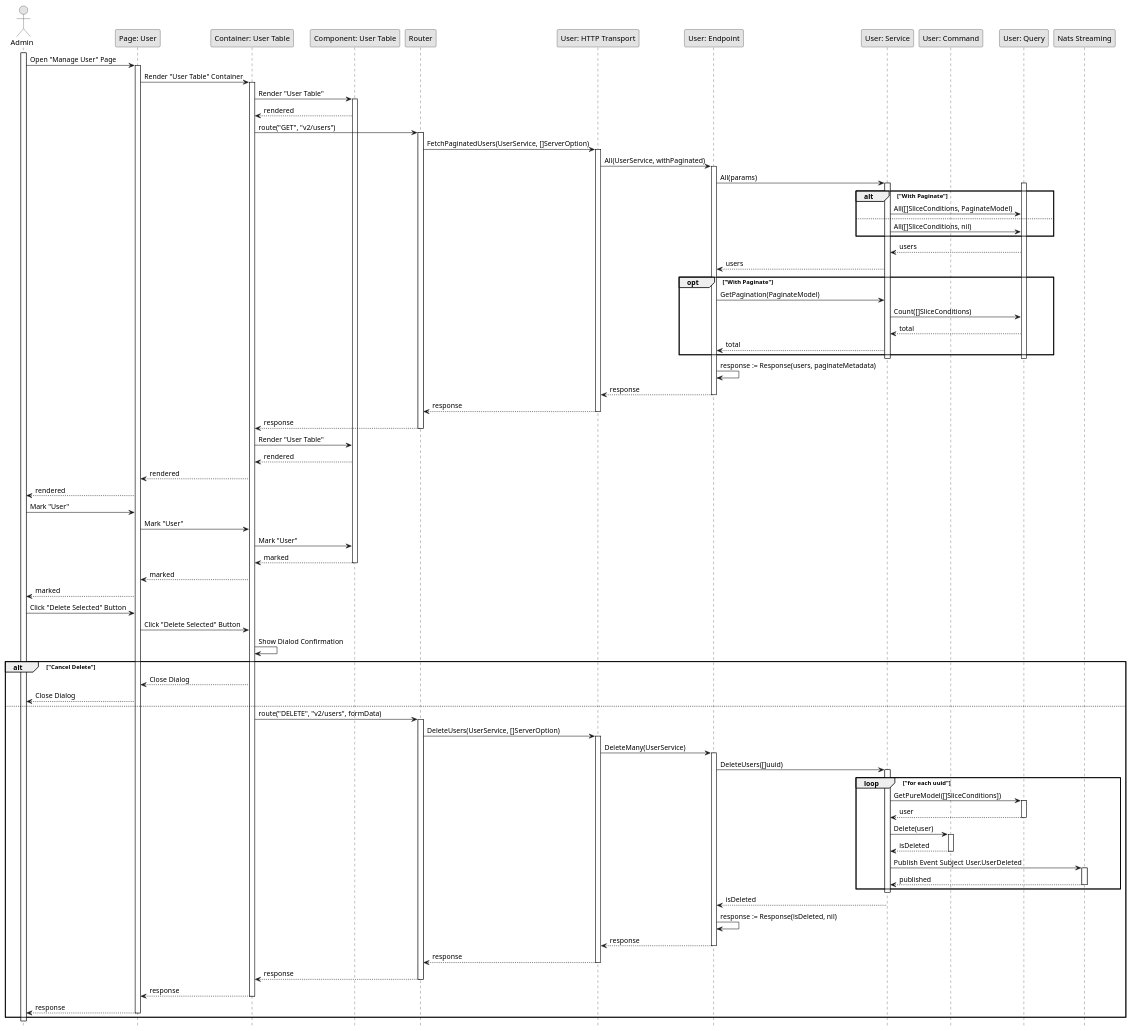
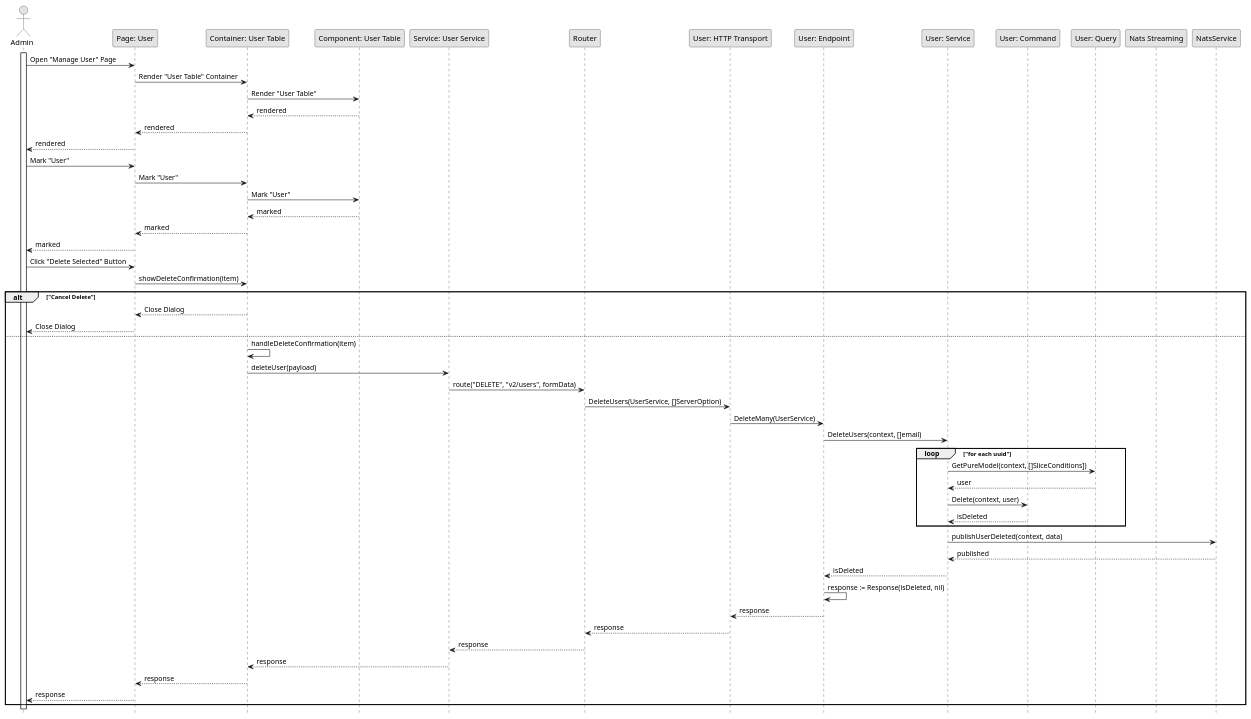
The diagram in Sequence/Release02/DeleteUser.wsd (fwidjaya20/fazzlearning-uml), drawn with PlantUML before and after one commit. The commit also changed 29 other files, not shown here.

Commit message:
fix(sequence): fix invalid sequence

```diff
--- a/Sequence/Release02/DeleteUser.wsd
+++ b/Sequence/Release02/DeleteUser.wsd
@@ -1,125 +1,71 @@
 @startuml DeleteUser
 
 skinparam Monochrome true
 skinparam Shadowing false
 hide footbox
 
 actor Admin
 participant "Page: User" as UserPage
 participant "Container: User Table" as UserTableContainer
 participant "Component: User Table" as UserTable
+participant "Service: User Service" as FEUserService
 participant "Router" as Router
 participant "User: HTTP Transport" as UserHTTPTransport
 participant "User: Endpoint" as UserEndpoint
 participant "User: Service" as UserService
 participant "User: Command" as UserCommand
 participant "User: Query" as UserQuery
 participant "Nats Streaming" as NatsStreaming
 
 activate Admin
 
 Admin->UserPage: Open "Manage User" Page
-activate UserPage
 UserPage->UserTableContainer: Render "User Table" Container
-activate UserTableContainer
-UserTableContainer->UserTable: Render "User Table"
-activate UserTable
-UserTable-->UserTableContainer: rendered
-UserTableContainer->Router: route("GET", "v2/users")
-activate Router
-Router->UserHTTPTransport: FetchPaginatedUsers(UserService, []ServerOption)
-activate UserHTTPTransport
-UserHTTPTransport->UserEndpoint: All(UserService, withPaginated)
-activate UserEndpoint
-UserEndpoint->UserService: All(params)
-
-activate UserService
-activate UserQuery
-alt "With Paginate"
-    UserService->UserQuery: All([]SliceConditions, PaginateModel)
-else
-    UserService->UserQuery: All([]SliceConditions, nil)
-end
-UserQuery-->UserService: users
-UserService-->UserEndpoint: users
-
-opt "With Paginate"
-    UserEndpoint->UserService: GetPagination(PaginateModel)
-    UserService->UserQuery: Count([]SliceConditions)
-    UserQuery-->UserService: total
-    UserService-->UserEndpoint: total
-end
-deactivate UserQuery
-deactivate UserService
-
-UserEndpoint->UserEndpoint: response := Response(users, paginateMetadata)
-UserEndpoint-->UserHTTPTransport: response
-deactivate UserEndpoint
-UserHTTPTransport-->Router: response
-deactivate UserHTTPTransport
-Router-->UserTableContainer: response
-deactivate Router
 UserTableContainer->UserTable: Render "User Table"
 UserTable-->UserTableContainer: rendered
 UserTableContainer-->UserPage: rendered
 UserPage-->Admin: rendered
 
 Admin->UserPage: Mark "User"
 UserPage->UserTableContainer: Mark "User"
 UserTableContainer->UserTable: Mark "User"
 UserTable-->UserTableContainer: marked
-deactivate UserTable
 UserTableContainer-->UserPage: marked
 UserPage-->Admin: marked
 
 Admin->UserPage: Click "Delete Selected" Button
-UserPage->UserTableContainer: Click "Delete Selected" Button
-UserTableContainer->UserTableContainer: Show Dialod Confirmation
+UserPage->UserTableContainer: showDeleteConfirmation(item)
 
 alt "Cancel Delete"
     UserTableContainer-->UserPage: Close Dialog
     UserPage-->Admin: Close Dialog
 else
-    UserTableContainer->Router: route("DELETE", "v2/users", formData)
-    activate Router
+    UserTableContainer->UserTableContainer: handleDeleteConfirmation(item)
+    UserTableContainer->FEUserService: deleteUser(payload)
+    FEUserService->Router: route("DELETE", "v2/users", formData)
     Router->UserHTTPTransport: DeleteUsers(UserService, []ServerOption)
-    activate UserHTTPTransport
     UserHTTPTransport->UserEndpoint: DeleteMany(UserService)
-    activate UserEndpoint
-    UserEndpoint->UserService: DeleteUsers([]uuid)
+    UserEndpoint->UserService: DeleteUsers(context, []email)
 
-    activate UserService
     loop "for each uuid"
-        UserService->UserQuery: GetPureModel([]SliceConditions])
-        activate UserQuery
+        UserService->UserQuery: GetPureModel(context, []SliceConditions])
         UserQuery-->UserService: user
-        deactivate UserQuery
 
-        UserService->UserCommand: Delete(user)
-        activate UserCommand
+        UserService->UserCommand: Delete(context, user)
         UserCommand-->UserService: isDeleted
-        deactivate UserCommand
-        
-        UserService->NatsStreaming: Publish Event Subject User.UserDeleted
-        activate NatsStreaming
-        NatsStreaming-->UserService: published
-        deactivate NatsStreaming
     end
-    deactivate UserService
+
+    UserService->NatsService: publishUserDeleted(context, data)
+    NatsService-->UserService: published
+
     UserService-->UserEndpoint: isDeleted
     UserEndpoint->UserEndpoint: response := Response(isDeleted, nil)
     UserEndpoint-->UserHTTPTransport: response
-    deactivate UserEndpoint
     UserHTTPTransport-->Router: response
-    deactivate UserHTTPTransport
-    Router-->UserTableContainer: response
-    deactivate Router
+    Router-->FEUserService: response
+    FEUserService-->UserTableContainer: response
     UserTableContainer-->UserPage: response
-    deactivate UserTableContainer
     UserPage-->Admin: response
-    deactivate UserPage
 end
 
-deactivate Admin
-
 @enduml
```
